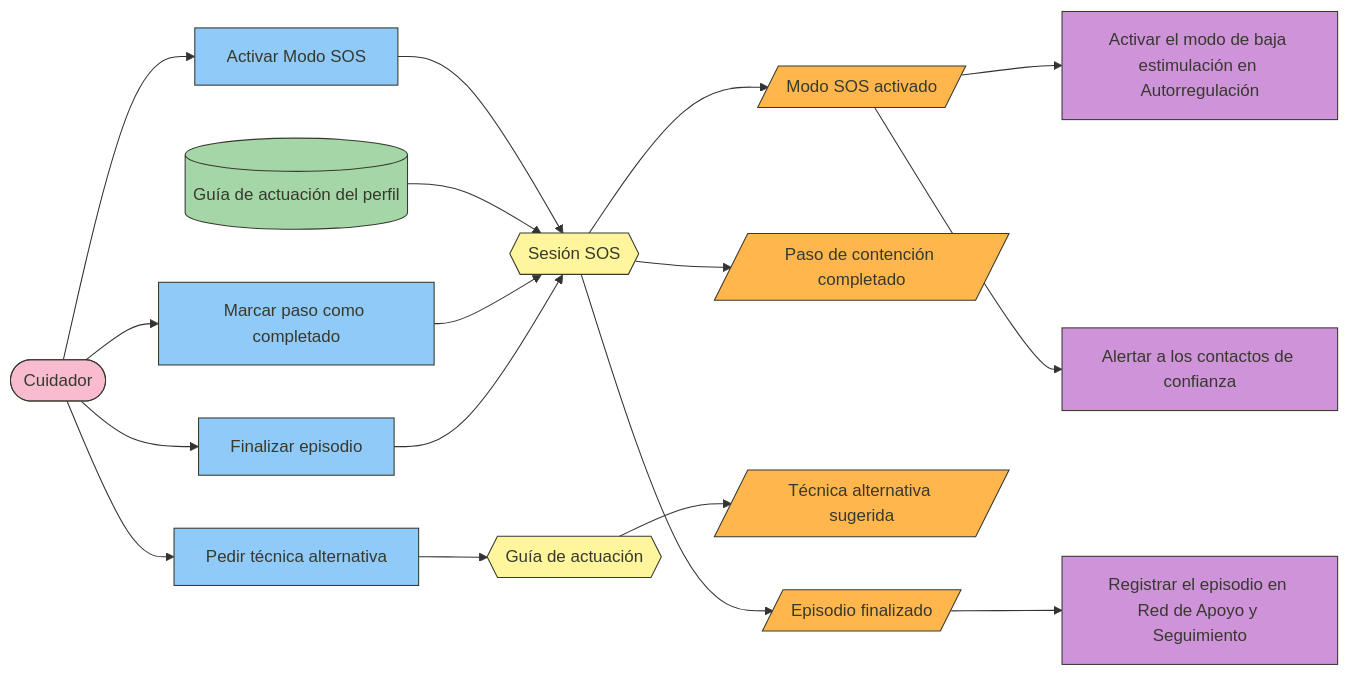
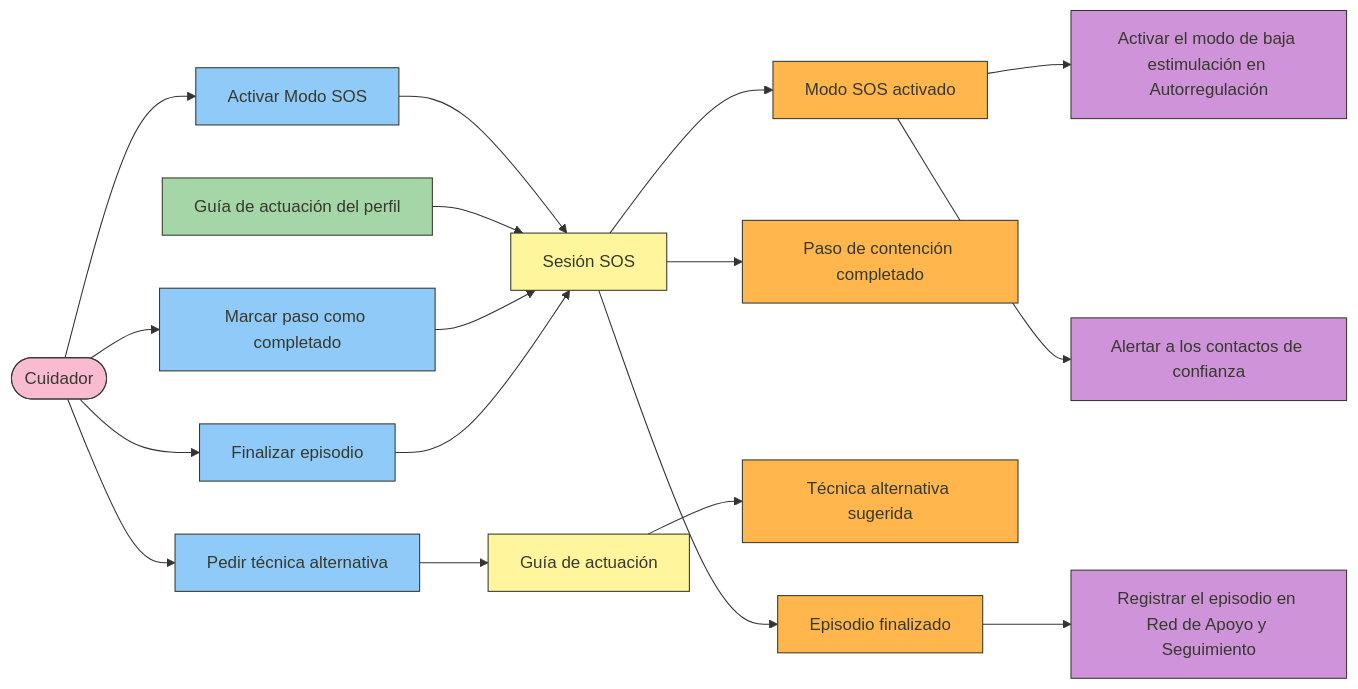
The second of 10 diagrams in Chapter-4.md (ASI0729-2620-7793-Open-Source/Macally), drawn with Mermaid before and after one commit. The commit also changed other lines of this file, not shown here.

Commit message:
fix(chapter4): replace shapes that clipped diagram labels

````diff
--- a/Chapter-4.md
+++ b/Chapter-4.md
@@ -1000,35 +1000,35 @@
 ```mermaid
 flowchart LR
     classDef actor fill:#F8BBD0,stroke:#37392E,color:#37392E
     classDef cmd fill:#90CAF9,stroke:#37392E,color:#37392E
     classDef agg fill:#FFF59D,stroke:#37392E,color:#37392E
     classDef evt fill:#FFB74D,stroke:#37392E,color:#37392E
     classDef pol fill:#CE93D8,stroke:#37392E,color:#37392E
     classDef qry fill:#A5D6A7,stroke:#37392E,color:#37392E
 
     A1(["Cuidador"]):::actor
     C1["Activar Modo SOS"]:::cmd
     C2["Marcar paso como completado"]:::cmd
     C3["Pedir técnica alternativa"]:::cmd
     C4["Finalizar episodio"]:::cmd
-    AG1{{"Sesión SOS"}}:::agg
-    AG2{{"Guía de actuación"}}:::agg
-    E1[/"Modo SOS activado"/]:::evt
-    E2[/"Paso de contención completado"/]:::evt
-    E3[/"Técnica alternativa sugerida"/]:::evt
-    E4[/"Episodio finalizado"/]:::evt
+    AG1["Sesión SOS"]:::agg
+    AG2["Guía de actuación"]:::agg
+    E1["Modo SOS activado"]:::evt
+    E2["Paso de contención completado"]:::evt
+    E3["Técnica alternativa sugerida"]:::evt
+    E4["Episodio finalizado"]:::evt
     P1["Activar el modo de baja estimulación en Autorregulación"]:::pol
     P2["Alertar a los contactos de confianza"]:::pol
     P3["Registrar el episodio en Red de Apoyo y Seguimiento"]:::pol
-    Q1[("Guía de actuación del perfil")]:::qry
+    Q1["Guía de actuación del perfil"]:::qry
 
     A1 --> C1 --> AG1 --> E1
     E1 --> P1
     E1 --> P2
     Q1 --> AG1
     A1 --> C2 --> AG1
     AG1 --> E2
     A1 --> C3 --> AG2 --> E3
     A1 --> C4 --> AG1
     AG1 --> E4 --> P3
 ```
````
